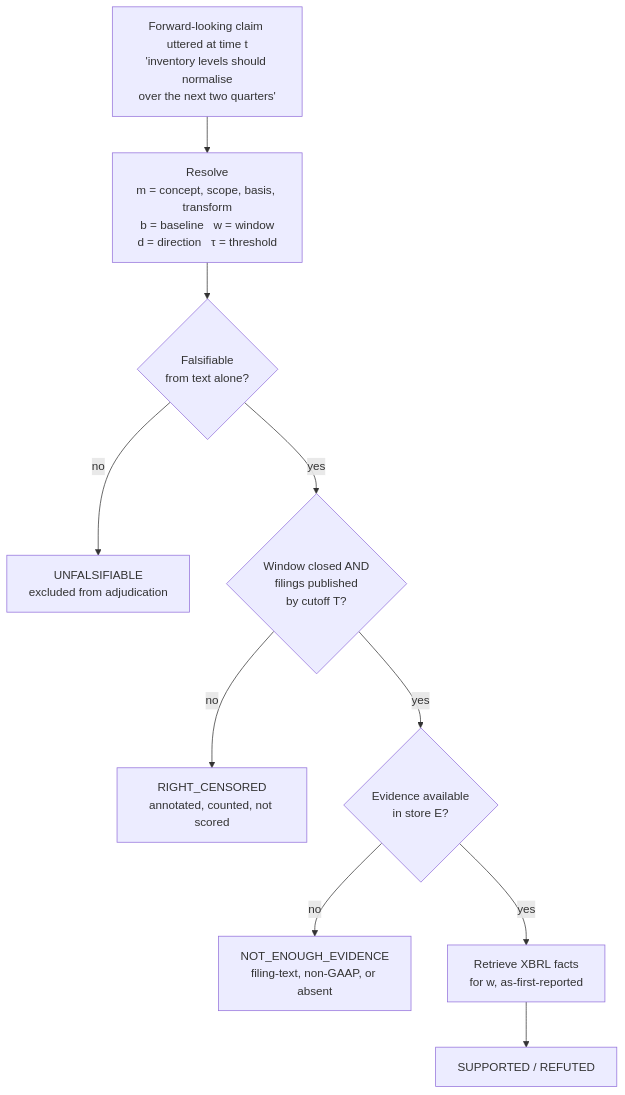
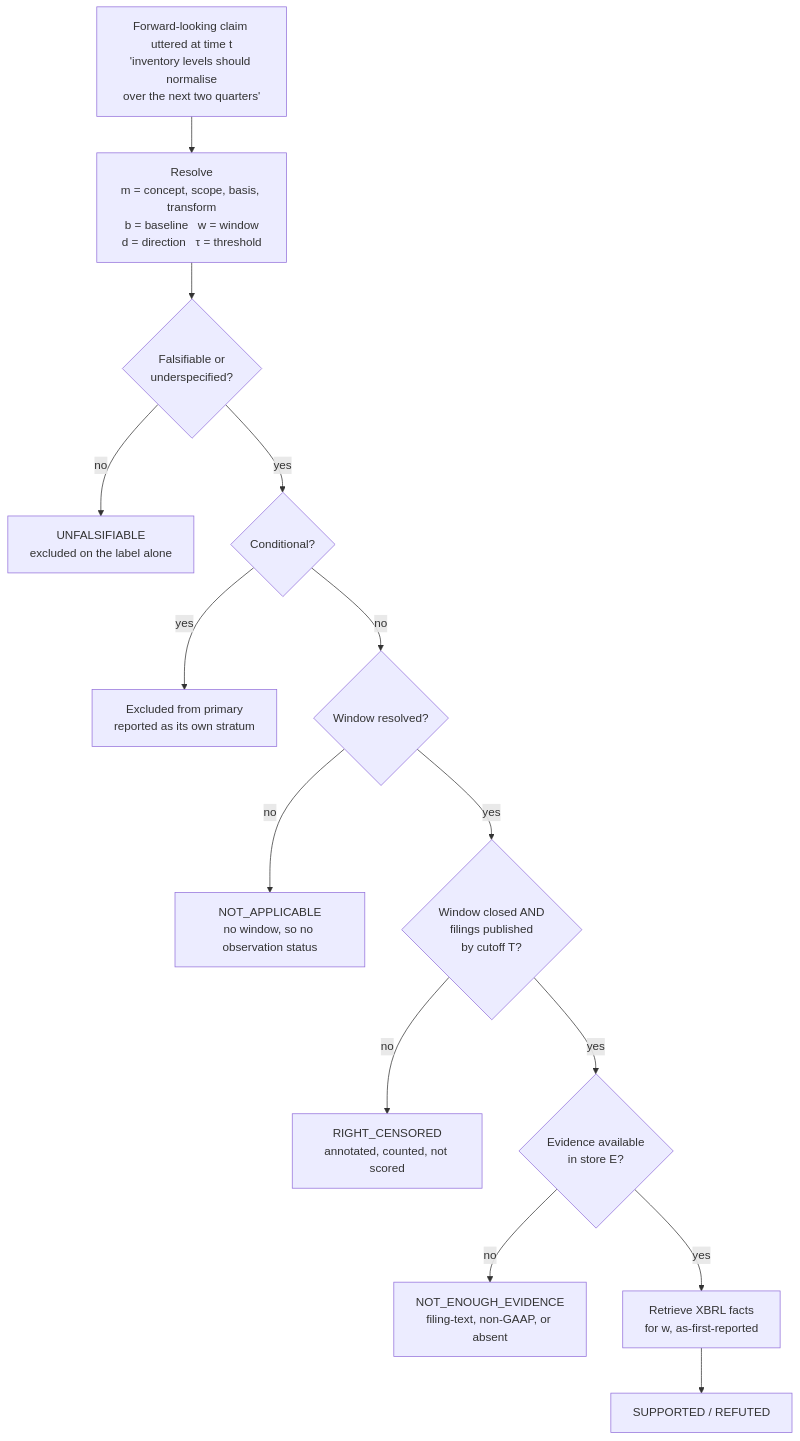
Before and after one commit to di37/prospective-claims: the first of 4 diagrams in README.md, drawn with Mermaid. The commit also changed other lines of this file and 2 other files, not shown here.

````diff
--- a/README.md
+++ b/README.md
@@ -170,21 +171,29 @@
 ```mermaid
 flowchart TD
     A["Forward-looking claim uttered at time t<br/>'inventory levels should normalise<br/>over the next two quarters'"]
     B["Resolve<br/>m = concept, scope, basis, transform<br/>b = baseline &nbsp; w = window<br/>d = direction &nbsp; τ = threshold"]
-    C{"Falsifiable<br/>from text alone?"}
-    D["UNFALSIFIABLE<br/>excluded from adjudication"]
+    C{"Falsifiable or<br/>underspecified?"}
+    D["UNFALSIFIABLE<br/>excluded on the label alone"]
+    K{"Conditional?"}
+    L["Excluded from primary<br/>reported as its own stratum"]
+    W{"Window resolved?"}
+    X["NOT_APPLICABLE<br/>no window, so no observation status"]
     E{"Window closed AND<br/>filings published<br/>by cutoff T?"}
     F["RIGHT_CENSORED<br/>annotated, counted, not scored"]
     G{"Evidence available<br/>in store E?"}
     H["NOT_ENOUGH_EVIDENCE<br/>filing-text, non-GAAP, or absent"]
     I["Retrieve XBRL facts<br/>for w, as-first-reported"]
     J["SUPPORTED / REFUTED"]
 
     A --> B --> C
     C -- no --> D
-    C -- yes --> E
+    C -- yes --> K
+    K -- yes --> L
+    K -- no --> W
+    W -- no --> X
+    W -- yes --> E
     E -- no --> F
     E -- yes --> G
     G -- no --> H
     G -- yes --> I --> J
 ```
````
